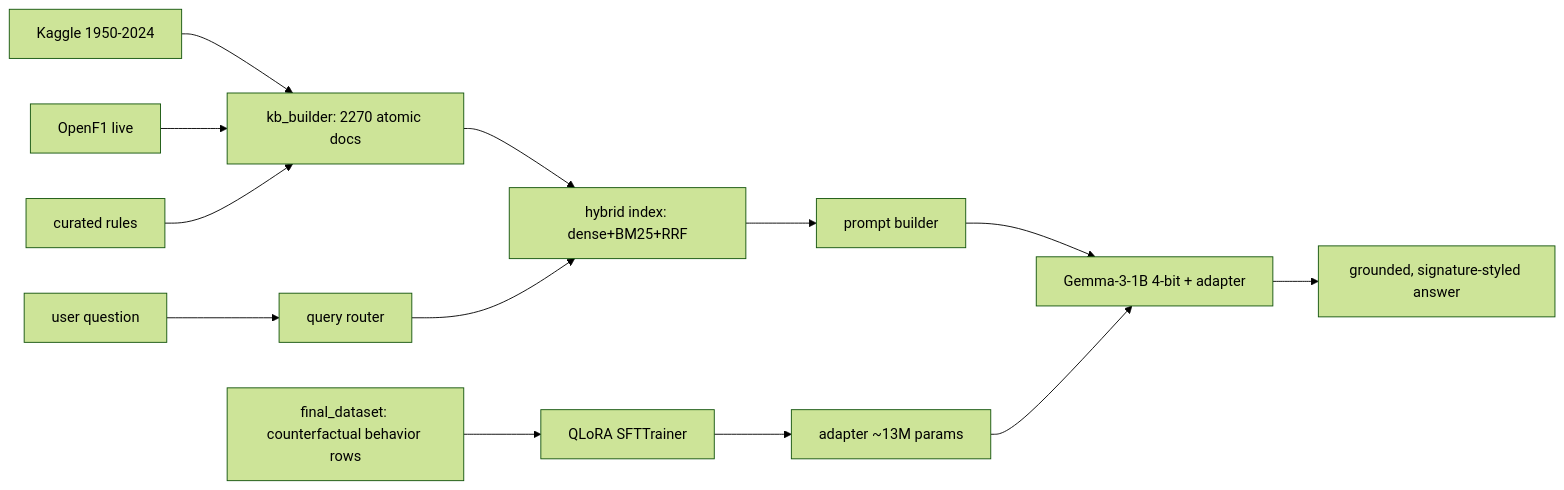
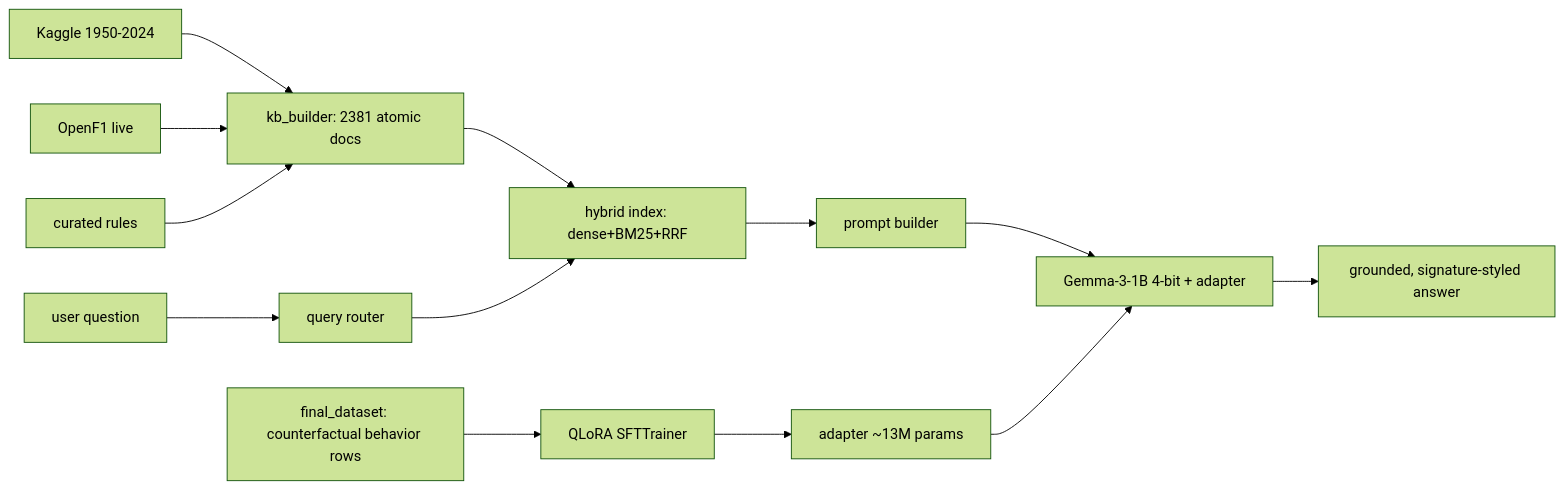
Before and after one commit to deva0706/pitgpt: the diagram in README.md, drawn with Mermaid (forest theme). The commit also changed other lines of this file and 8 other files, not shown here.

````diff
--- a/README.md
+++ b/README.md
@@ -105,15 +115,15 @@
 ```mermaid
 flowchart LR
-    KGL[Kaggle 1950-2024] --> KB[kb_builder: 2270 atomic docs]
+    KGL[Kaggle 1950-2024] --> KB[kb_builder: 2381 atomic docs]
     OF1[OpenF1 live] --> KB
     CUR[curated rules] --> KB
     KB --> IDX[hybrid index: dense+BM25+RRF]
     Q[user question] --> RT[query router]
     RT --> IDX
     IDX --> P[prompt builder]
     FD[final_dataset: counterfactual behavior rows] --> TR[QLoRA SFTTrainer]
     TR --> AD[adapter ~13M params]
     P --> G[Gemma-3-1B 4-bit + adapter]
     AD --> G
     G --> A[grounded, signature-styled answer]
 ```
````
